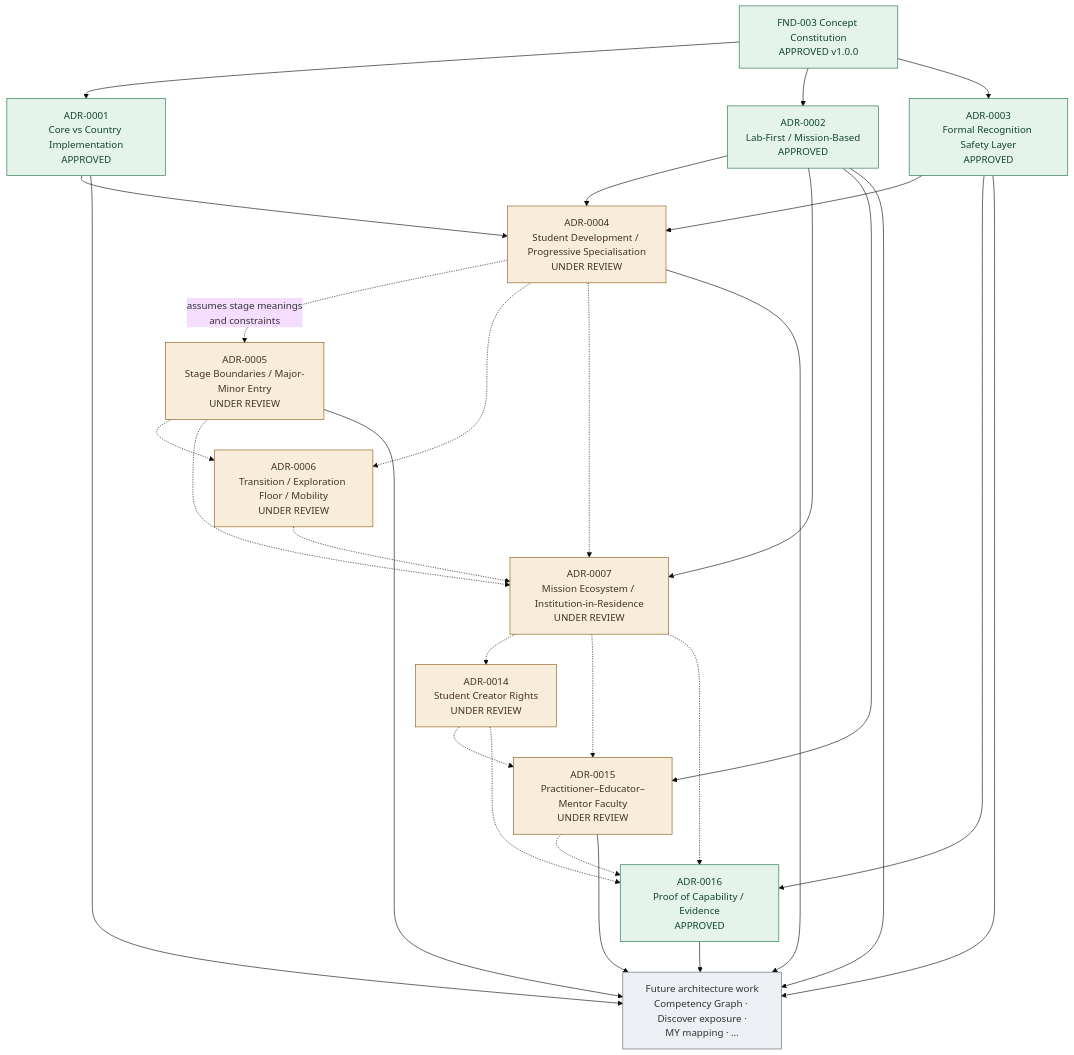
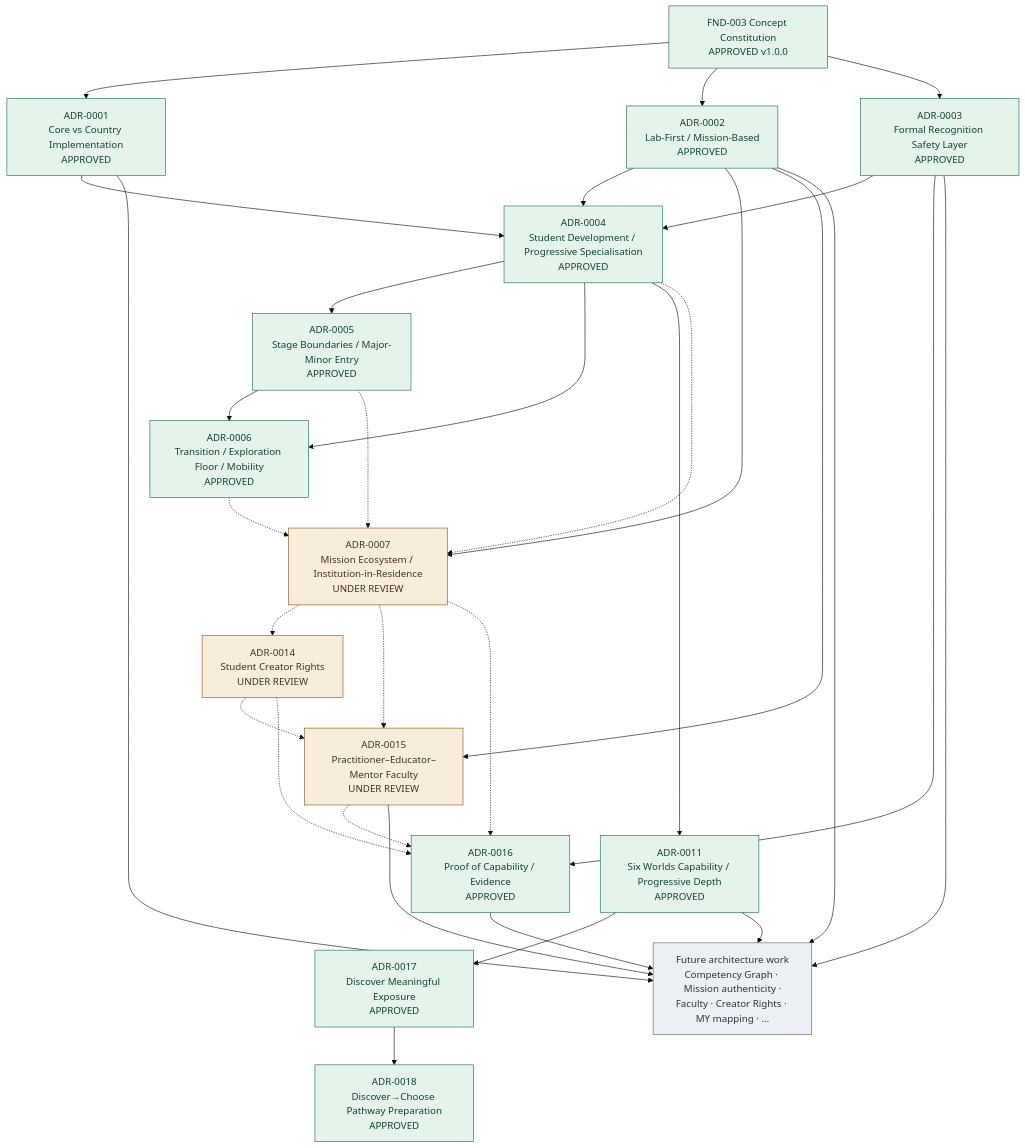
One commit to sp7037/tarbiyat-malaysia-school-blueprint changed the diagram in portal/docs/roadmap.md. Above: the diagram before and after it, drawn with Mermaid (base theme). The commit also changed other lines of this file and 22 other files, not shown here.

Commit message:
docs: approve student development and Six Worlds architecture

````diff
--- a/portal/docs/roadmap.md
+++ b/portal/docs/roadmap.md
@@ -16,53 +16,58 @@
 ```mermaid
 flowchart TD
   CC["FND-003 Concept Constitution<br/>APPROVED v1.0.0"]
 
   A1["ADR-0001<br/>Core vs Country Implementation<br/>APPROVED"]
   A2["ADR-0002<br/>Lab-First / Mission-Based<br/>APPROVED"]
   A3["ADR-0003<br/>Formal Recognition Safety Layer<br/>APPROVED"]
-  A4["ADR-0004<br/>Student Development / Progressive Specialisation<br/>UNDER REVIEW"]
-  A5["ADR-0005<br/>Stage Boundaries / Major-Minor Entry<br/>UNDER REVIEW"]
-  A6["ADR-0006<br/>Transition / Exploration Floor / Mobility<br/>UNDER REVIEW"]
+  A4["ADR-0004<br/>Student Development / Progressive Specialisation<br/>APPROVED"]
+  A5["ADR-0005<br/>Stage Boundaries / Major-Minor Entry<br/>APPROVED"]
+  A6["ADR-0006<br/>Transition / Exploration Floor / Mobility<br/>APPROVED"]
   A7["ADR-0007<br/>Mission Ecosystem / Institution-in-Residence<br/>UNDER REVIEW"]
+  A11["ADR-0011<br/>Six Worlds Capability / Progressive Depth<br/>APPROVED"]
   A14["ADR-0014<br/>Student Creator Rights<br/>UNDER REVIEW"]
   A15["ADR-0015<br/>Practitioner–Educator–Mentor Faculty<br/>UNDER REVIEW"]
   A16["ADR-0016<br/>Proof of Capability / Evidence<br/>APPROVED"]
+  A17["ADR-0017<br/>Discover Meaningful Exposure<br/>APPROVED"]
+  A18["ADR-0018<br/>Discover→Choose Pathway Preparation<br/>APPROVED"]
 
-  FUT["Future architecture work<br/>Competency Graph · Discover exposure ·<br/>MY mapping · …"]
+  FUT["Future architecture work<br/>Competency Graph · Mission authenticity ·<br/>Faculty · Creator Rights · MY mapping · …"]
 
   CC --> A1
   CC --> A2
   CC --> A3
   A1 --> A4
   A2 --> A4
   A3 --> A4
-  A4 -.->|assumes stage meanings<br/>and constraints| A5
-  A4 -.-> A6
-  A5 -.-> A6
+  A4 --> A5
+  A4 --> A6
+  A5 --> A6
+  A4 --> A11
+  A11 --> A17
+  A17 --> A18
   A2 --> A7
   A4 -.-> A7
   A5 -.-> A7
   A6 -.-> A7
   A7 -.-> A14
   A2 --> A15
   A7 -.-> A15
   A14 -.-> A15
   A3 --> A16
   A7 -.-> A16
   A14 -.-> A16
   A15 -.-> A16
   A1 --> FUT
   A2 --> FUT
   A3 --> FUT
-  A4 --> FUT
-  A5 --> FUT
+  A11 --> FUT
   A15 --> FUT
   A16 --> FUT
 
   classDef approved fill:#e5f4eb,stroke:#1b6b45,color:#143
   classDef review fill:#f8ecda,stroke:#8a5a12,color:#432
   classDef future fill:#eceff3,stroke:#5a6270,color:#333
-  class CC,A1,A2,A3,A16 approved
-  class A4,A5,A6,A7,A14,A15 review
+  class CC,A1,A2,A3,A4,A5,A6,A11,A16,A17,A18 approved
+  class A7,A14,A15 review
   class FUT future
 ```
````
